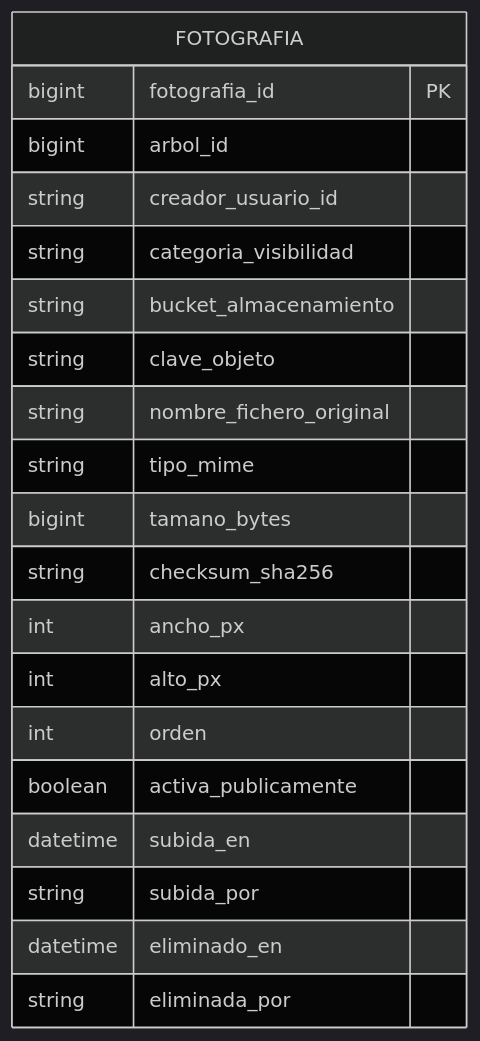
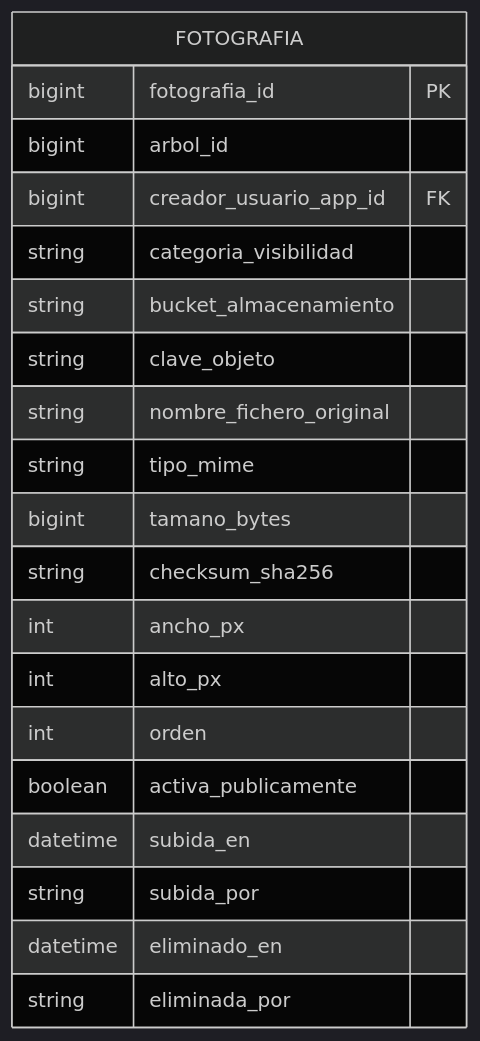
One commit to LIDR-academy/AI4Devs-finalproject changed diagram 11 of 13 in readme.md. Above: the diagram before and after it, drawn with Mermaid (dark theme). The commit also changed other lines of this file and 32 other files, not shown here.

````diff
--- a/readme.md
+++ b/readme.md
@@ -525,24 +542,24 @@
 ```mermaid
 erDiagram
     FOTOGRAFIA {
         bigint fotografia_id PK
         bigint arbol_id
-        string creador_usuario_id
+        bigint creador_usuario_app_id FK
         string categoria_visibilidad
         string bucket_almacenamiento
         string clave_objeto
         string nombre_fichero_original
         string tipo_mime
         bigint tamano_bytes
         string checksum_sha256
         int ancho_px
         int alto_px
         int orden
         boolean activa_publicamente
         datetime subida_en
         string subida_por
         datetime eliminado_en
         string eliminada_por
     }
 
 ```
````
